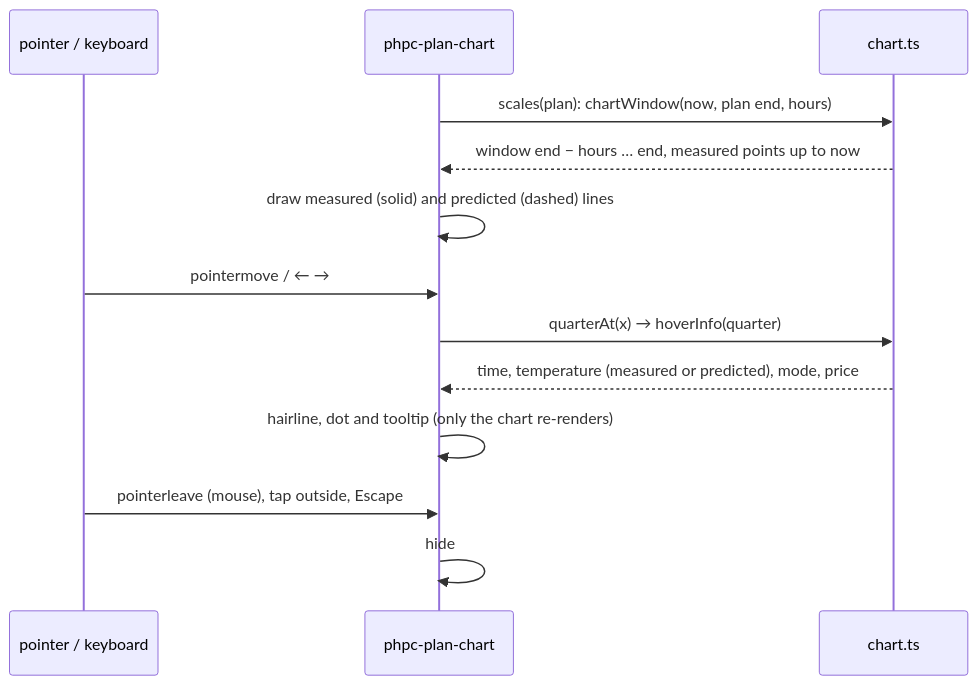
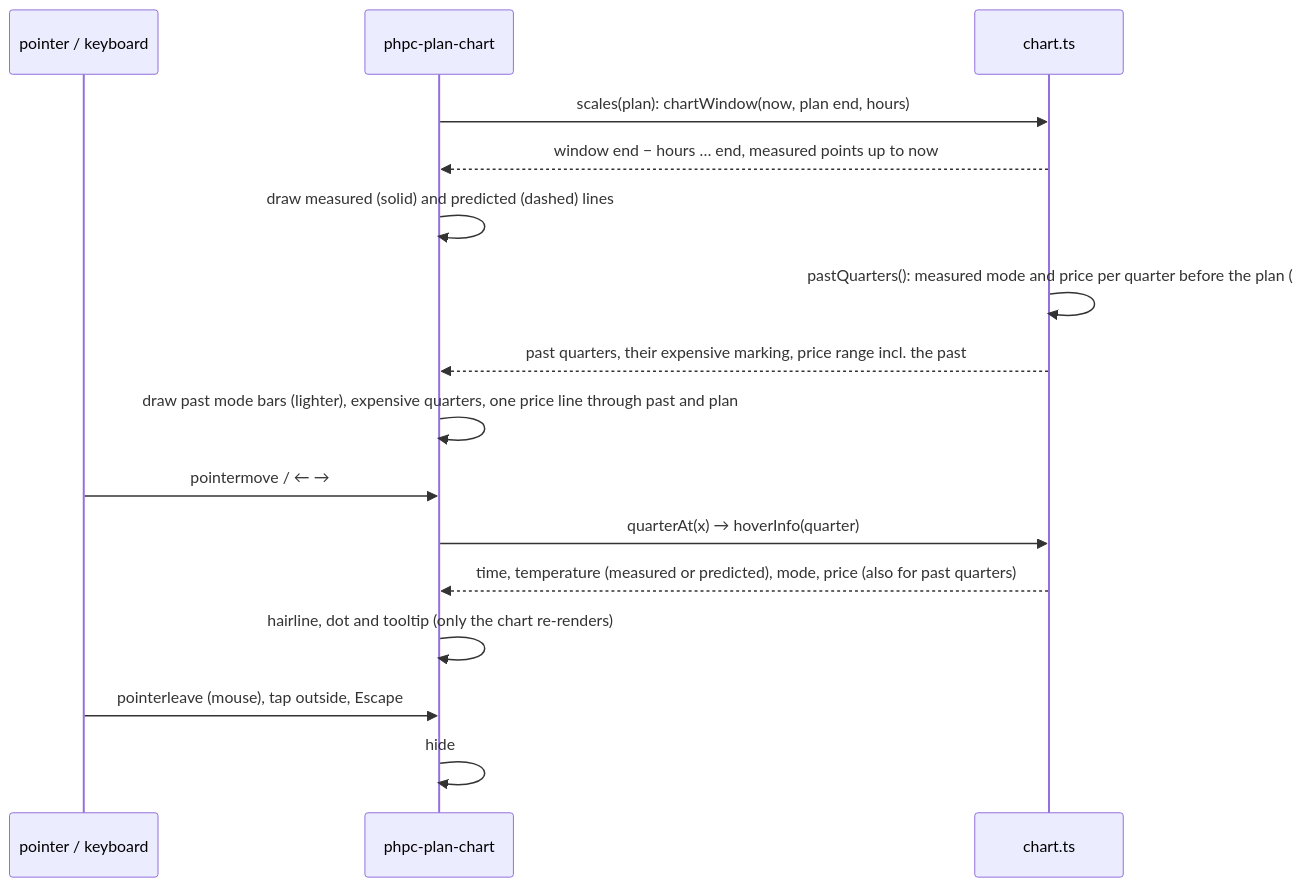
Diagram 23 of 25 in docs/architecture.md (abroeders/pond-heatpump-price-planner), drawn with Mermaid before and after one commit. The commit also changed other lines of this file and 8 other files, not shown here.

Commit message:
docs: measured modes and prices before now in the plan chart (#34)

````diff
--- a/docs/architecture.md
+++ b/docs/architecture.md
@@ -968,15 +970,18 @@
 ```mermaid
 sequenceDiagram
     participant U as pointer / keyboard
     participant PC as phpc-plan-chart
     participant C as chart.ts
     PC->>C: scales(plan): chartWindow(now, plan end, hours)
     C-->>PC: window end − hours … end, measured points up to now
     PC->>PC: draw measured (solid) and predicted (dashed) lines
+    C->>C: pastQuarters(): measured mode and price per quarter before the plan (#34)
+    C-->>PC: past quarters, their expensive marking, price range incl. the past
+    PC->>PC: draw past mode bars (lighter), expensive quarters, one price line through past and plan
     U->>PC: pointermove / ← →
     PC->>C: quarterAt(x) → hoverInfo(quarter)
-    C-->>PC: time, temperature (measured or predicted), mode, price
+    C-->>PC: time, temperature (measured or predicted), mode, price (also for past quarters)
     PC->>PC: hairline, dot and tooltip (only the chart re-renders)
     U->>PC: pointerleave (mouse), tap outside, Escape
     PC->>PC: hide
 ```
````
